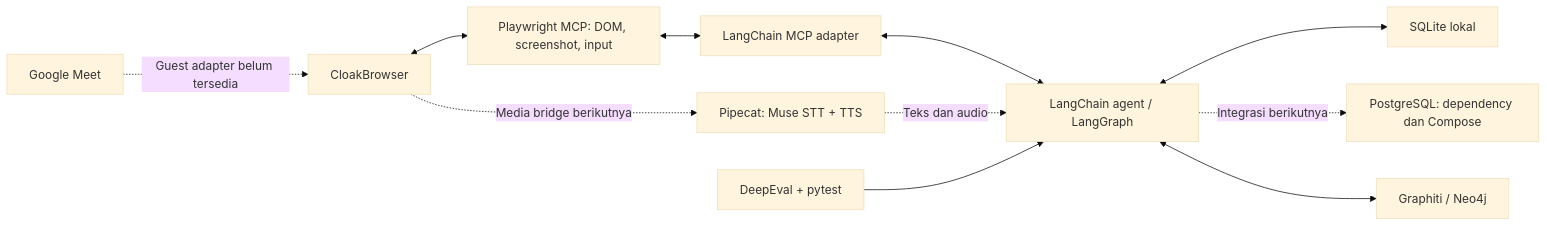
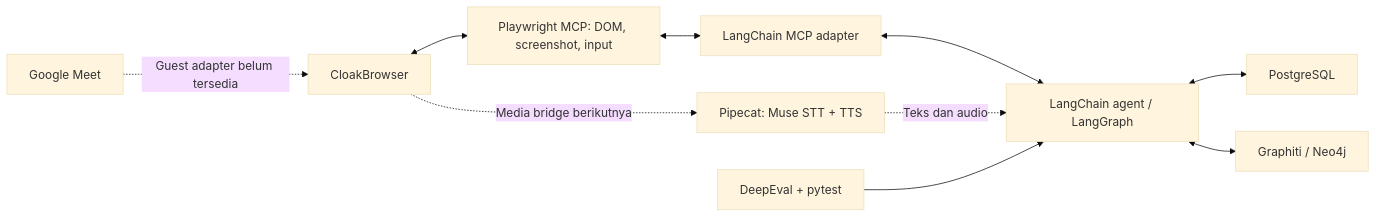
The diagram in docs/reference/architecture.md (maskentir/fakeyou), drawn with Mermaid (base theme) before and after one commit. The commit also changed 150 other files, not shown here.

````diff
--- a/docs/reference/architecture.md
+++ b/docs/reference/architecture.md
@@ -17,13 +17,12 @@
 ```mermaid
 flowchart LR
     Meet[Google Meet] -. Guest adapter belum tersedia .-> Browser[CloakBrowser]
     Browser <--> MCP[Playwright MCP: DOM, screenshot, input]
     MCP <--> Adapter[LangChain MCP adapter]
     Adapter <--> Agent[LangChain agent / LangGraph]
-    Agent <--> Checkpoint[SQLite lokal]
-    Agent -. Integrasi berikutnya .-> Postgres[PostgreSQL: dependency dan Compose]
+    Agent <--> Checkpoint[PostgreSQL]
     Agent <--> Memory[Graphiti / Neo4j]
     Browser -. Media bridge berikutnya .-> Voice[Pipecat: Muse STT + TTS]
     Voice -. Teks dan audio .-> Agent
     Eval[DeepEval + pytest] --> Agent
 ```
````
